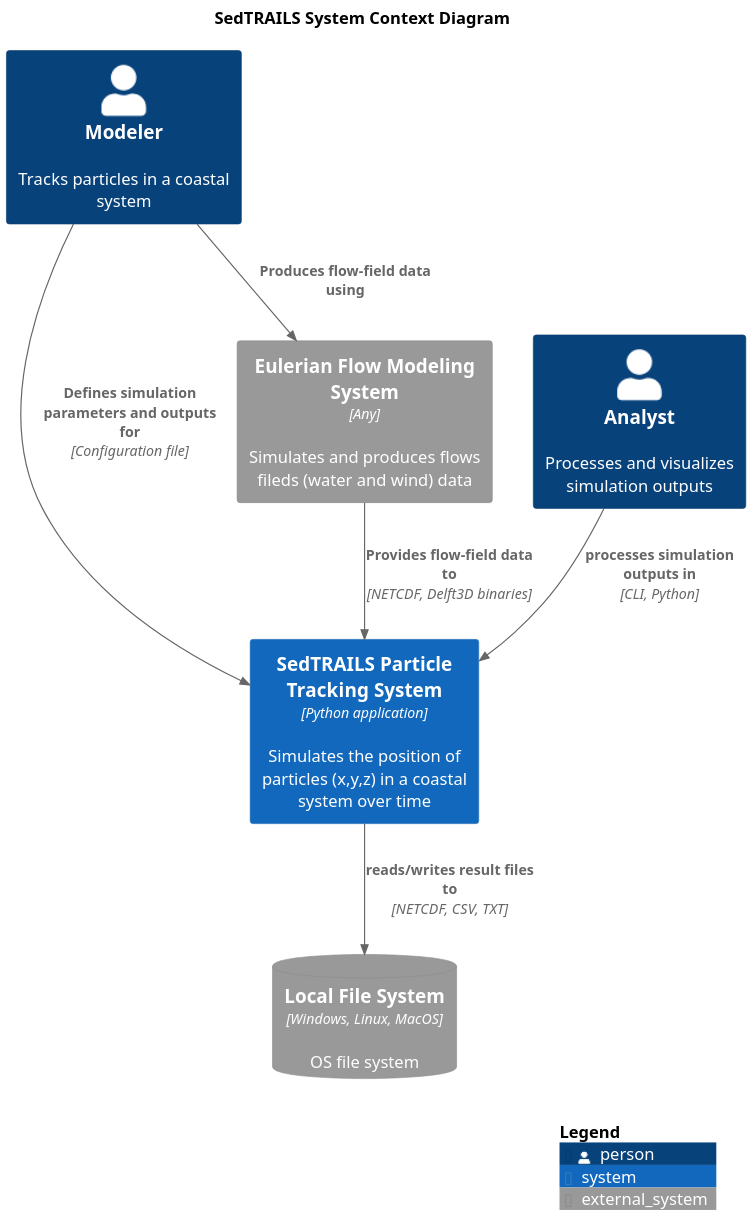
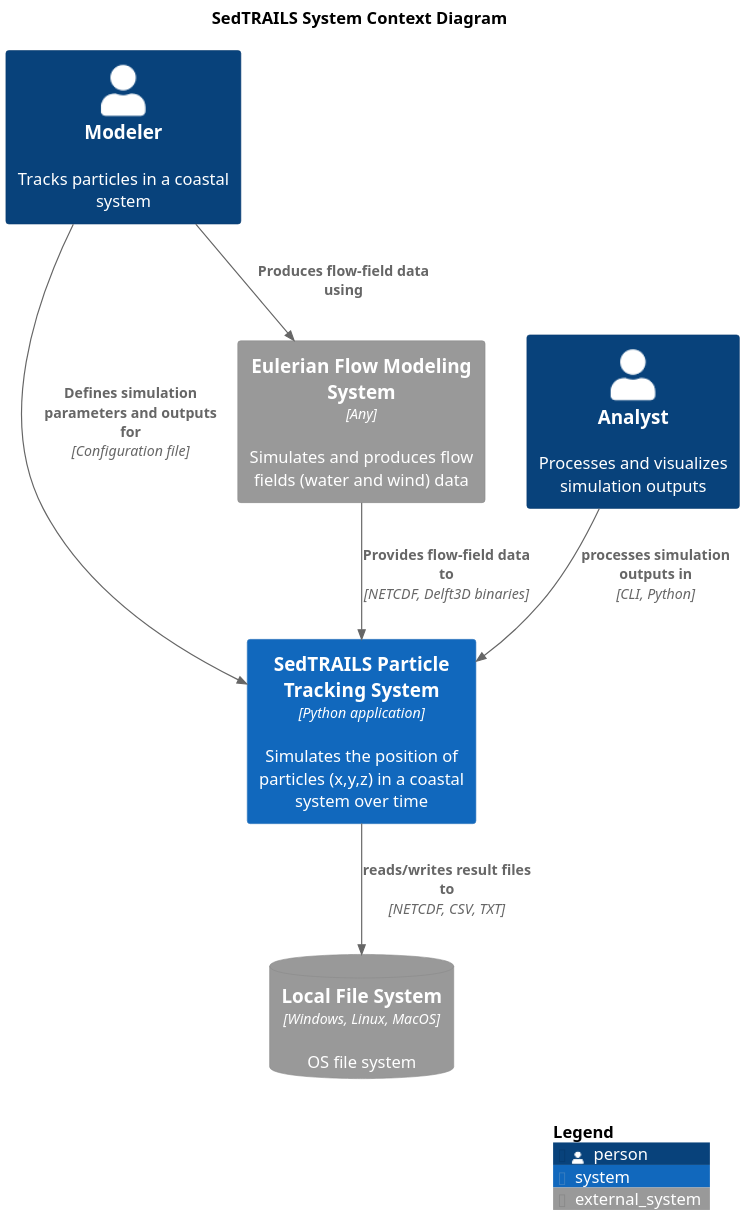
Before and after one commit to sgpearson17/sedtrails-sgp: the diagram in diagrams/context-system.puml, drawn with PlantUML. The commit also changed 7 other files, not shown here.

Commit message:
docs: correct typos and improve clarity in component diagrams

```diff
--- a/diagrams/context-system.puml
+++ b/diagrams/context-system.puml
@@ -1,26 +1,26 @@
 @startuml SedtrailContext
 !include ./c4/C4_Context.puml
 
 ' !theme C4_sandstone from ./c4/themes
 title SedTRAILS System Context Diagram
 scale 2
 
 Person(modeler, "Modeler", "Tracks particles in a coastal system")
 Person(analyst, "Analyst", "Processes and visualizes simulation outputs")
 
 System(sedtrails, "SedTRAILS Particle Tracking System", "Simulates the position of particles (x,y,z) in a coastal system over time", $type="Python application")
 
-System_Ext(flowSystem, "Eulerian Flow Modeling System", "Simulates and produces flows fileds (water and wind) data", $type="Any")
+System_Ext(flowSystem, "Eulerian Flow Modeling System", "Simulates and produces flow fields (water and wind) data", $type="Any")
 
 SystemDb_Ext(fileSystem, "Local File System", "OS file system", $type="Windows, Linux, MacOS")
 
 Rel(analyst, sedtrails, "processes simulation outputs in ", "CLI, Python")
 Rel(sedtrails, fileSystem, "reads/writes result files to", "NETCDF, CSV, TXT")
 
 Rel(modeler, sedtrails, "Defines simulation parameters and outputs for", "Configuration file")
 Rel(modeler, flowSystem, "Produces flow-field data using" )
 
 Rel(flowSystem, sedtrails, "Provides flow-field data to ", "NETCDF, Delft3D binaries")
 
 SHOW_LEGEND()
 @enduml
```
